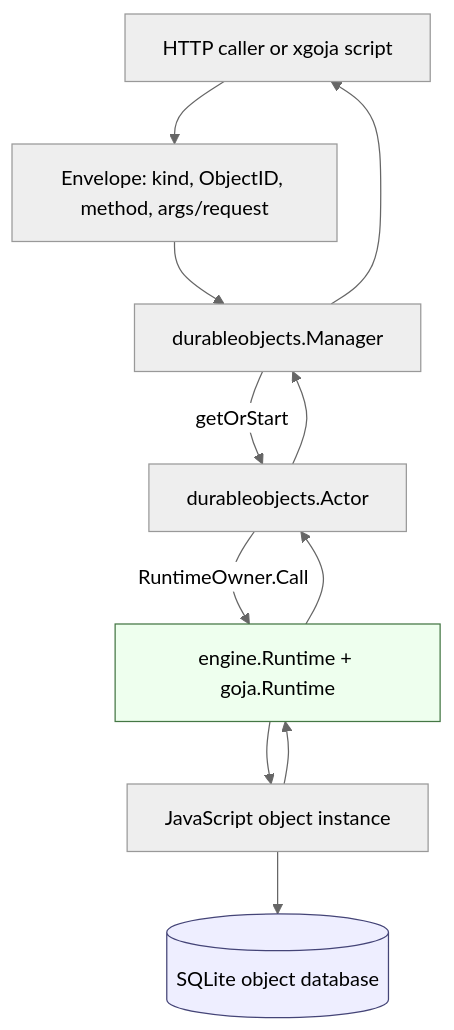
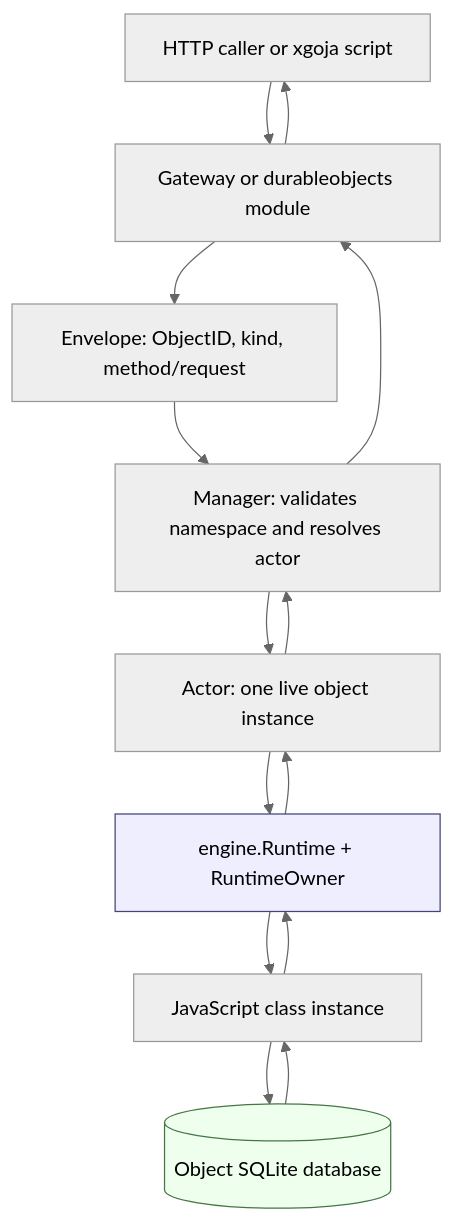
The first of 2 diagrams in Projects/2026/06/12/ARTICLE - Go Go Objects - Durable Objects Runtime on Goja.md (go-go-golems/go-go-parc), drawn with Mermaid (neutral theme) before and after one commit. The commit also changed other lines of this file, not shown here.

````diff
--- a/Projects/2026/06/12/ARTICLE - Go Go Objects - Durable Objects Runtime on Goja.md
+++ b/Projects/2026/06/12/ARTICLE - Go Go Objects - Durable Objects Runtime on Goja.md
@@ -87,24 +114,28 @@
 ```mermaid
 flowchart TD
     Client[HTTP caller or xgoja script]
-    Envelope[Envelope: kind, ObjectID, method, args/request]
-    Manager[durableobjects.Manager]
-    Actor[durableobjects.Actor]
-    Runtime[engine.Runtime + goja.Runtime]
-    Instance[JavaScript object instance]
-    Storage[(SQLite object database)]
+    Gateway[Gateway or durableobjects module]
+    Envelope[Envelope: ObjectID, kind, method/request]
+    Manager[Manager: validates namespace and resolves actor]
+    Actor[Actor: one live object instance]
+    Runtime[engine.Runtime + RuntimeOwner]
+    JS[JavaScript class instance]
+    Storage[(Object SQLite database)]
 
-    Client --> Envelope
+    Client --> Gateway
+    Gateway --> Envelope
     Envelope --> Manager
-    Manager -->|getOrStart| Actor
-    Actor -->|RuntimeOwner.Call| Runtime
-    Runtime --> Instance
-    Instance --> Storage
-    Instance --> Runtime
+    Manager --> Actor
+    Actor --> Runtime
+    Runtime --> JS
+    JS --> Storage
+    Storage --> JS
+    JS --> Runtime
     Runtime --> Actor
     Actor --> Manager
-    Manager --> Client
+    Manager --> Gateway
+    Gateway --> Client
 
-    style Storage fill:#eef,stroke:#447
-    style Runtime fill:#efe,stroke:#474
+    style Runtime fill:#eef,stroke:#447
+    style Storage fill:#efe,stroke:#474
 ```
````
